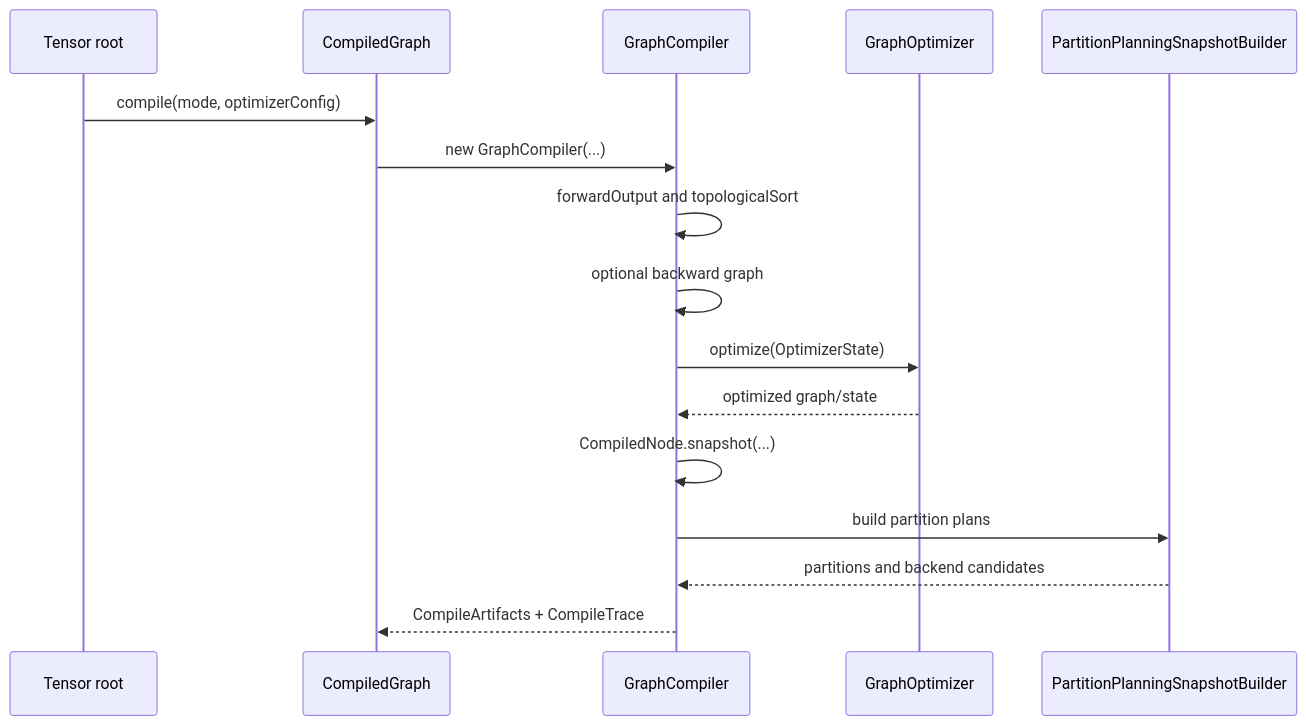
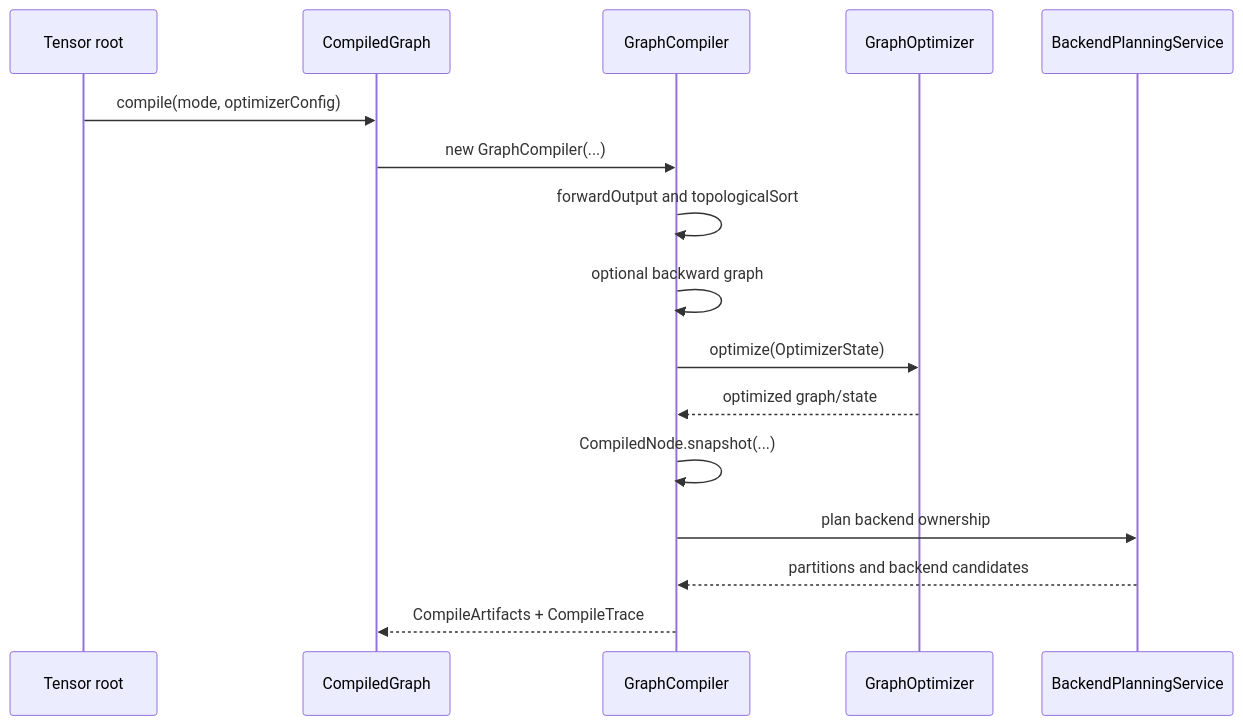
The second of 6 diagrams in docs/architecture.md (pho001/Synaptik), drawn with Mermaid before and after one commit. The commit also changed other lines of this file and 90 other files, not shown here.

````diff
--- a/docs/architecture.md
+++ b/docs/architecture.md
@@ -121,19 +121,19 @@
 ```mermaid
 sequenceDiagram
     participant T as Tensor root
     participant CG as CompiledGraph
     participant GC as GraphCompiler
     participant O as GraphOptimizer
-    participant PP as PartitionPlanningSnapshotBuilder
+    participant BP as BackendPlanningService
 
     T->>CG: compile(mode, optimizerConfig)
     CG->>GC: new GraphCompiler(...)
     GC->>GC: forwardOutput and topologicalSort
     GC->>GC: optional backward graph
     GC->>O: optimize(OptimizerState)
     O-->>GC: optimized graph/state
     GC->>GC: CompiledNode.snapshot(...)
-    GC->>PP: build partition plans
-    PP-->>GC: partitions and backend candidates
+    GC->>BP: plan backend ownership
+    BP-->>GC: partitions and backend candidates
     GC-->>CG: CompileArtifacts + CompileTrace
 ```
````
